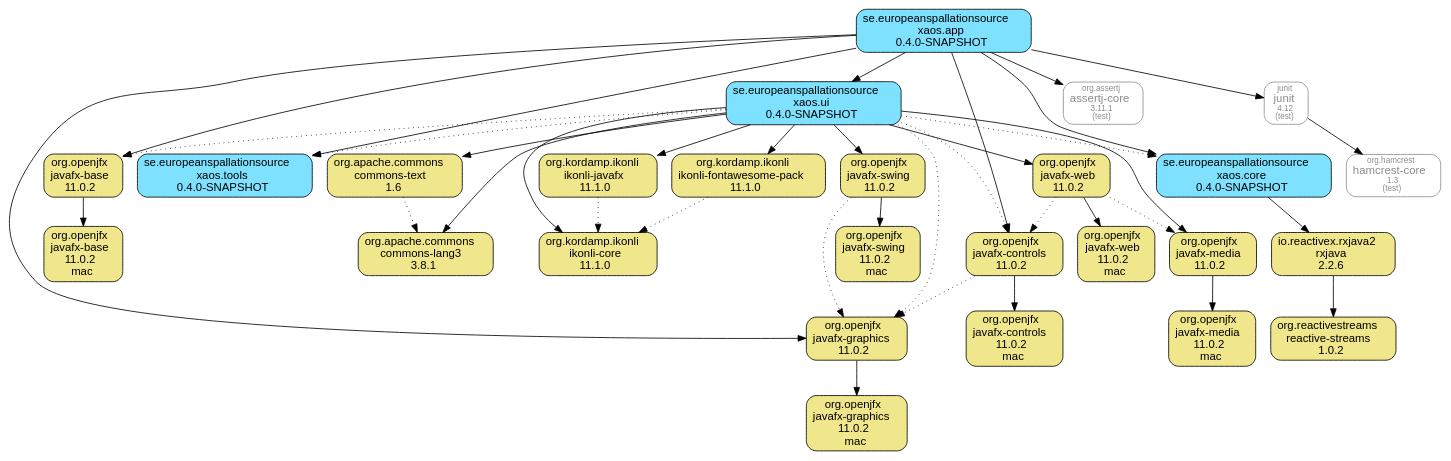
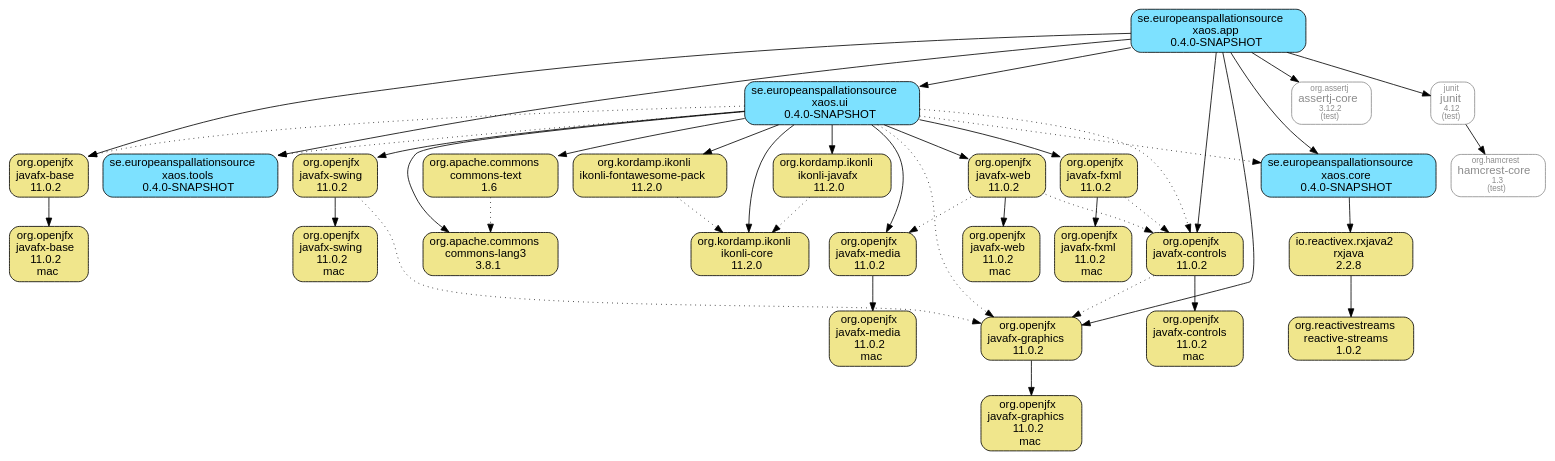
The diagram in xaos.app.module/doc/maven-dependencies.dot (ESSICS/XAOS), drawn with Graphviz before and after one commit. The commit also changed 292 other files, not shown here.

```diff
--- a/xaos.app.module/doc/maven-dependencies.dot
+++ b/xaos.app.module/doc/maven-dependencies.dot
@@ -1,71 +1,76 @@
 digraph "xaos.app" {
   node [shape="box",style="rounded",fontname="Helvetica",fontsize="14"]
   edge [fontsize="10",fontname="Helvetica"]
 
   // Node Definitions:
   "org.openjfx:javafx-base:jar"[shape="box",style="rounded, filled",fillcolor="khaki",label=<org.openjfx<br/>javafx-base<br/>11.0.2>]
   "org.openjfx:javafx-base:jar:mac"[shape="box",style="rounded, filled",fillcolor="khaki",label=<org.openjfx<br/>javafx-base<br/>11.0.2<br/>mac>]
   "se.europeanspallationsource:xaos.app:jar"[shape="box",style="rounded, filled",fillcolor="#7DE1FF",label=<se.europeanspallationsource<br/>xaos.app<br/>0.4.0-SNAPSHOT>]
   "org.openjfx:javafx-controls:jar"[shape="box",style="rounded, filled",fillcolor="khaki",label=<org.openjfx<br/>javafx-controls<br/>11.0.2>]
   "org.openjfx:javafx-controls:jar:mac"[shape="box",style="rounded, filled",fillcolor="khaki",label=<org.openjfx<br/>javafx-controls<br/>11.0.2<br/>mac>]
   "org.openjfx:javafx-graphics:jar"[shape="box",style="rounded, filled",fillcolor="khaki",label=<org.openjfx<br/>javafx-graphics<br/>11.0.2>]
   "org.openjfx:javafx-graphics:jar:mac"[shape="box",style="rounded, filled",fillcolor="khaki",label=<org.openjfx<br/>javafx-graphics<br/>11.0.2<br/>mac>]
   "se.europeanspallationsource:xaos.tools:jar"[shape="box",style="rounded, filled",fillcolor="#7DE1FF",label=<se.europeanspallationsource<br/>xaos.tools<br/>0.4.0-SNAPSHOT>]
-  "io.reactivex.rxjava2:rxjava:jar"[shape="box",style="rounded, filled",fillcolor="khaki",label=<io.reactivex.rxjava2<br/>rxjava<br/>2.2.6>]
+  "io.reactivex.rxjava2:rxjava:jar"[shape="box",style="rounded, filled",fillcolor="khaki",label=<io.reactivex.rxjava2<br/>rxjava<br/>2.2.8>]
   "org.reactivestreams:reactive-streams:jar"[shape="box",style="rounded, filled",fillcolor="khaki",label=<org.reactivestreams<br/>reactive-streams<br/>1.0.2>]
   "se.europeanspallationsource:xaos.core:jar"[shape="box",style="rounded, filled",fillcolor="#7DE1FF",label=<se.europeanspallationsource<br/>xaos.core<br/>0.4.0-SNAPSHOT>]
   "se.europeanspallationsource:xaos.ui:jar"[shape="box",style="rounded, filled",fillcolor="#7DE1FF",label=<se.europeanspallationsource<br/>xaos.ui<br/>0.4.0-SNAPSHOT>]
+  "org.openjfx:javafx-fxml:jar"[shape="box",style="rounded, filled",fillcolor="khaki",label=<org.openjfx<br/>javafx-fxml<br/>11.0.2>]
+  "org.openjfx:javafx-fxml:jar:mac"[shape="box",style="rounded, filled",fillcolor="khaki",label=<org.openjfx<br/>javafx-fxml<br/>11.0.2<br/>mac>]
   "org.openjfx:javafx-media:jar"[shape="box",style="rounded, filled",fillcolor="khaki",label=<org.openjfx<br/>javafx-media<br/>11.0.2>]
   "org.openjfx:javafx-media:jar:mac"[shape="box",style="rounded, filled",fillcolor="khaki",label=<org.openjfx<br/>javafx-media<br/>11.0.2<br/>mac>]
   "org.openjfx:javafx-swing:jar"[shape="box",style="rounded, filled",fillcolor="khaki",label=<org.openjfx<br/>javafx-swing<br/>11.0.2>]
   "org.openjfx:javafx-swing:jar:mac"[shape="box",style="rounded, filled",fillcolor="khaki",label=<org.openjfx<br/>javafx-swing<br/>11.0.2<br/>mac>]
   "org.openjfx:javafx-web:jar"[shape="box",style="rounded, filled",fillcolor="khaki",label=<org.openjfx<br/>javafx-web<br/>11.0.2>]
   "org.openjfx:javafx-web:jar:mac"[shape="box",style="rounded, filled",fillcolor="khaki",label=<org.openjfx<br/>javafx-web<br/>11.0.2<br/>mac>]
   "org.apache.commons:commons-lang3:jar"[shape="box",style="rounded, filled",fillcolor="khaki",label=<org.apache.commons<br/>commons-lang3<br/>3.8.1>]
   "org.apache.commons:commons-text:jar"[shape="box",style="rounded, filled",fillcolor="khaki",label=<org.apache.commons<br/>commons-text<br/>1.6>]
-  "org.kordamp.ikonli:ikonli-core:jar"[shape="box",style="rounded, filled",fillcolor="khaki",label=<org.kordamp.ikonli<br/>ikonli-core<br/>11.1.0>]
-  "org.kordamp.ikonli:ikonli-javafx:jar"[shape="box",style="rounded, filled",fillcolor="khaki",label=<org.kordamp.ikonli<br/>ikonli-javafx<br/>11.1.0>]
-  "org.kordamp.ikonli:ikonli-fontawesome-pack:jar"[shape="box",style="rounded, filled",fillcolor="khaki",label=<org.kordamp.ikonli<br/>ikonli-fontawesome-pack<br/>11.1.0>]
-  "org.assertj:assertj-core:jar"[shape="box",style="rounded",color="grey55",fontname="Helvetica",fontsize="14",fontcolor="grey55",label=<<font color="grey55" point-size="10">org.assertj</font><br/>assertj-core<font color="grey55" point-size="10"><br/>3.11.1</font><font color="grey55" point-size="10"><br/>(test)</font>>]
+  "org.kordamp.ikonli:ikonli-core:jar"[shape="box",style="rounded, filled",fillcolor="khaki",label=<org.kordamp.ikonli<br/>ikonli-core<br/>11.2.0>]
+  "org.kordamp.ikonli:ikonli-javafx:jar"[shape="box",style="rounded, filled",fillcolor="khaki",label=<org.kordamp.ikonli<br/>ikonli-javafx<br/>11.2.0>]
+  "org.kordamp.ikonli:ikonli-fontawesome-pack:jar"[shape="box",style="rounded, filled",fillcolor="khaki",label=<org.kordamp.ikonli<br/>ikonli-fontawesome-pack<br/>11.2.0>]
+  "org.assertj:assertj-core:jar"[shape="box",style="rounded",color="grey55",fontname="Helvetica",fontsize="14",fontcolor="grey55",label=<<font color="grey55" point-size="10">org.assertj</font><br/>assertj-core<font color="grey55" point-size="10"><br/>3.12.2</font><font color="grey55" point-size="10"><br/>(test)</font>>]
   "junit:junit:jar"[shape="box",style="rounded",color="grey55",fontname="Helvetica",fontsize="14",fontcolor="grey55",label=<<font color="grey55" point-size="10">junit</font><br/>junit<font color="grey55" point-size="10"><br/>4.12</font><font color="grey55" point-size="10"><br/>(test)</font>>]
   "org.hamcrest:hamcrest-core:jar"[shape="box",style="rounded",color="grey55",fontname="Helvetica",fontsize="14",fontcolor="grey55",label=<<font color="grey55" point-size="10">org.hamcrest</font><br/>hamcrest-core<font color="grey55" point-size="10"><br/>1.3</font><font color="grey55" point-size="10"><br/>(test)</font>>]
 
   // Edge Definitions:
   "org.openjfx:javafx-base:jar" -> "org.openjfx:javafx-base:jar:mac"
   "se.europeanspallationsource:xaos.app:jar" -> "org.openjfx:javafx-base:jar"
   "org.openjfx:javafx-controls:jar" -> "org.openjfx:javafx-controls:jar:mac"
   "org.openjfx:javafx-controls:jar" -> "org.openjfx:javafx-graphics:jar"[style="dotted"]
   "se.europeanspallationsource:xaos.app:jar" -> "org.openjfx:javafx-controls:jar"
   "org.openjfx:javafx-graphics:jar" -> "org.openjfx:javafx-graphics:jar:mac"
   "se.europeanspallationsource:xaos.app:jar" -> "org.openjfx:javafx-graphics:jar"
   "se.europeanspallationsource:xaos.app:jar" -> "se.europeanspallationsource:xaos.tools:jar"
   "io.reactivex.rxjava2:rxjava:jar" -> "org.reactivestreams:reactive-streams:jar"
   "se.europeanspallationsource:xaos.core:jar" -> "io.reactivex.rxjava2:rxjava:jar"
   "se.europeanspallationsource:xaos.app:jar" -> "se.europeanspallationsource:xaos.core:jar"
   "se.europeanspallationsource:xaos.ui:jar" -> "org.openjfx:javafx-base:jar"[style="dotted"]
   "se.europeanspallationsource:xaos.ui:jar" -> "org.openjfx:javafx-controls:jar"[style="dotted"]
+  "org.openjfx:javafx-fxml:jar" -> "org.openjfx:javafx-fxml:jar:mac"
+  "org.openjfx:javafx-fxml:jar" -> "org.openjfx:javafx-controls:jar"[style="dotted"]
+  "se.europeanspallationsource:xaos.ui:jar" -> "org.openjfx:javafx-fxml:jar"
   "se.europeanspallationsource:xaos.ui:jar" -> "org.openjfx:javafx-graphics:jar"[style="dotted"]
   "org.openjfx:javafx-media:jar" -> "org.openjfx:javafx-media:jar:mac"
   "se.europeanspallationsource:xaos.ui:jar" -> "org.openjfx:javafx-media:jar"
   "org.openjfx:javafx-swing:jar" -> "org.openjfx:javafx-swing:jar:mac"
   "org.openjfx:javafx-swing:jar" -> "org.openjfx:javafx-graphics:jar"[style="dotted"]
   "se.europeanspallationsource:xaos.ui:jar" -> "org.openjfx:javafx-swing:jar"
   "org.openjfx:javafx-web:jar" -> "org.openjfx:javafx-web:jar:mac"
   "org.openjfx:javafx-web:jar" -> "org.openjfx:javafx-controls:jar"[style="dotted"]
   "org.openjfx:javafx-web:jar" -> "org.openjfx:javafx-media:jar"[style="dotted"]
   "se.europeanspallationsource:xaos.ui:jar" -> "org.openjfx:javafx-web:jar"
   "se.europeanspallationsource:xaos.ui:jar" -> "org.apache.commons:commons-lang3:jar"
   "org.apache.commons:commons-text:jar" -> "org.apache.commons:commons-lang3:jar"[style="dotted"]
   "se.europeanspallationsource:xaos.ui:jar" -> "org.apache.commons:commons-text:jar"
   "se.europeanspallationsource:xaos.ui:jar" -> "org.kordamp.ikonli:ikonli-core:jar"
   "org.kordamp.ikonli:ikonli-javafx:jar" -> "org.kordamp.ikonli:ikonli-core:jar"[style="dotted"]
   "se.europeanspallationsource:xaos.ui:jar" -> "org.kordamp.ikonli:ikonli-javafx:jar"
   "org.kordamp.ikonli:ikonli-fontawesome-pack:jar" -> "org.kordamp.ikonli:ikonli-core:jar"[style="dotted"]
   "se.europeanspallationsource:xaos.ui:jar" -> "org.kordamp.ikonli:ikonli-fontawesome-pack:jar"
   "se.europeanspallationsource:xaos.ui:jar" -> "se.europeanspallationsource:xaos.tools:jar"[style="dotted"]
   "se.europeanspallationsource:xaos.ui:jar" -> "se.europeanspallationsource:xaos.core:jar"[style="dotted"]
   "se.europeanspallationsource:xaos.app:jar" -> "se.europeanspallationsource:xaos.ui:jar"
   "se.europeanspallationsource:xaos.app:jar" -> "org.assertj:assertj-core:jar"
   "junit:junit:jar" -> "org.hamcrest:hamcrest-core:jar"
   "se.europeanspallationsource:xaos.app:jar" -> "junit:junit:jar"
 }
```
